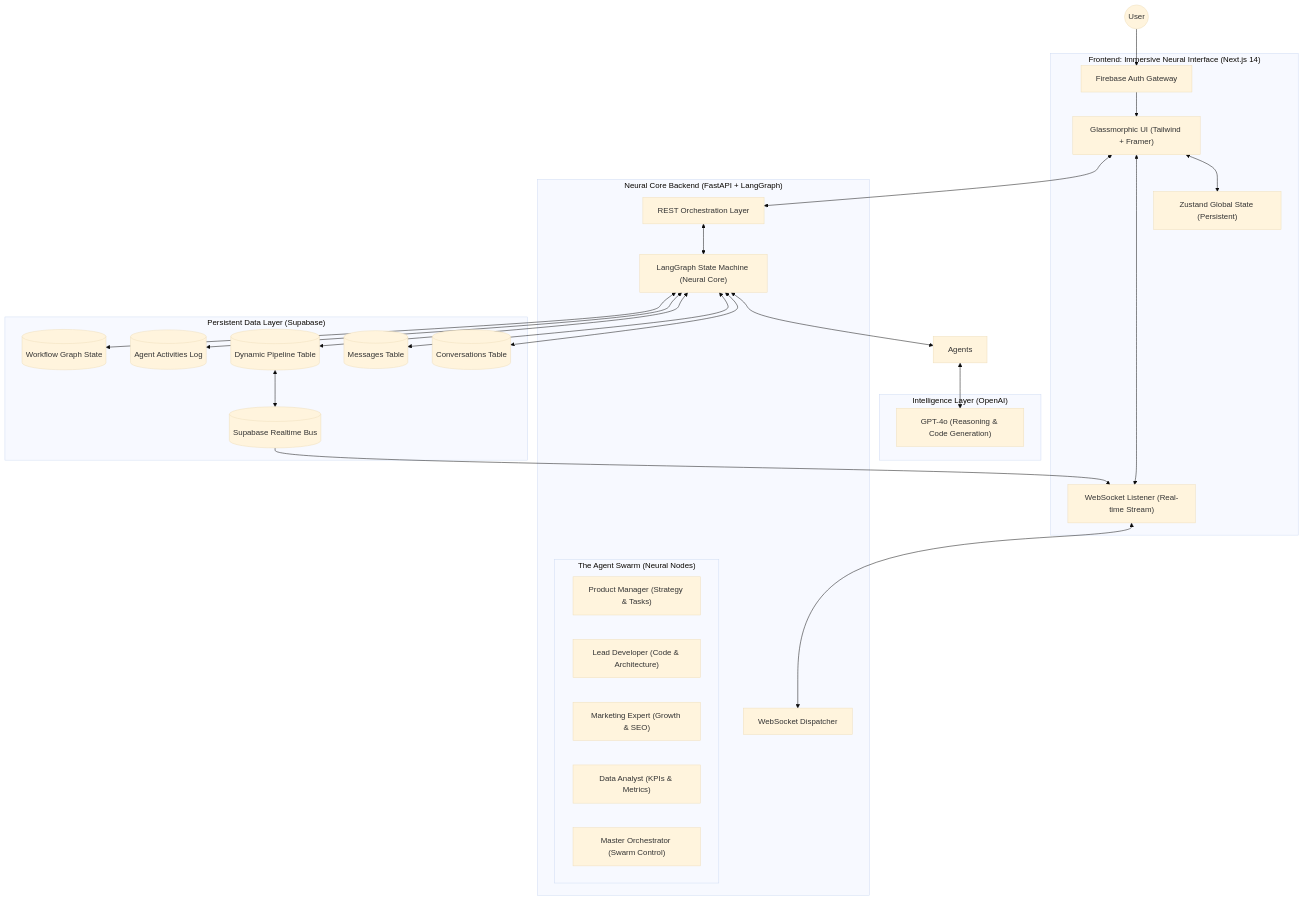
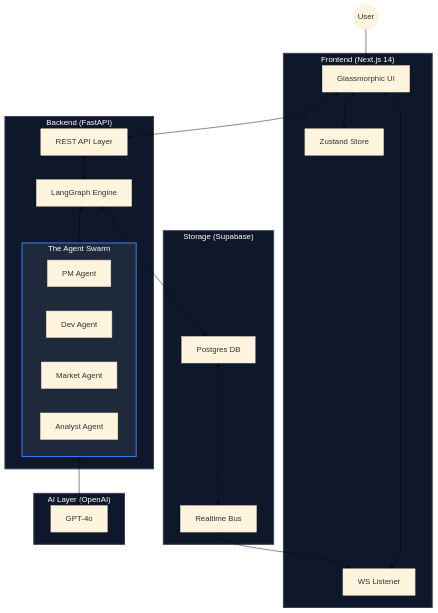
Before and after one commit to sunkireddy-Barath/AutoPilot-AI-Workspace: the first of 2 diagrams in README.md, drawn with Mermaid (base theme). The commit also changed other lines of this file, not shown here.

Commit message:
docs: Optimized Diagram Visibility & Enhanced MeDo Solution Breakdown

````diff
--- a/README.md
+++ b/README.md
@@ -16,58 +16,53 @@
 ```mermaid
 graph TD
+    %% Node Definitions
     User((User))
     
-    subgraph "Frontend: Immersive Neural Interface (Next.js 14)"
-        UI["Glassmorphic UI (Tailwind + Framer)"]
-        State["Zustand Global State (Persistent)"]
-        WS_Client["WebSocket Listener (Real-time Stream)"]
-        Auth_UI["Firebase Auth Gateway"]
+    subgraph Frontend ["Frontend (Next.js 14)"]
+        UI["Glassmorphic UI"]
+        State["Zustand Store"]
+        WS_Client["WS Listener"]
     end
 
-    subgraph "Neural Core Backend (FastAPI + LangGraph)"
-        API["REST Orchestration Layer"]
-        WS_Server["WebSocket Dispatcher"]
-        Engine["LangGraph State Machine (Neural Core)"]
+    subgraph Backend ["Backend (FastAPI)"]
+        API["REST API Layer"]
+        Engine["LangGraph Engine"]
         
-        subgraph "The Agent Swarm (Neural Nodes)"
-            PM["Product Manager (Strategy & Tasks)"]
-            DEV["Lead Developer (Code & Architecture)"]
-            MKT["Marketing Expert (Growth & SEO)"]
-            ANA["Data Analyst (KPIs & Metrics)"]
-            ORC["Master Orchestrator (Swarm Control)"]
+        subgraph Swarm ["The Agent Swarm"]
+            PM["PM Agent"]
+            DEV["Dev Agent"]
+            MKT["Market Agent"]
+            ANA["Analyst Agent"]
         end
     end
 
-    subgraph "Persistent Data Layer (Supabase)"
-        Conv_DB[(Conversations Table)]
-        Msg_DB[(Messages Table)]
-        Task_DB[(Dynamic Pipeline Table)]
-        Act_DB[(Agent Activities Log)]
-        Work_DB[(Workflow Graph State)]
-        Realtime[(Supabase Realtime Bus)]
+    subgraph Storage ["Storage (Supabase)"]
+        DB["Postgres DB"]
+        Realtime["Realtime Bus"]
     end
 
-    subgraph "Intelligence Layer (OpenAI)"
-        GPT["GPT-4o (Reasoning & Code Generation)"]
+    subgraph AI ["AI Layer (OpenAI)"]
+        GPT["GPT-4o"]
     end
 
-    User --> Auth_UI
-    Auth_UI --> UI
+    %% Connections
+    User --> UI
     UI <--> State
     UI <--> WS_Client
     UI <--> API
     
-    WS_Client <--> WS_Server
     API <--> Engine
-    Engine <--> Agents
-    Agents <--> GPT
+    Engine <--> Swarm
+    Swarm <--> GPT
     
-    Engine <--> Conv_DB
-    Engine <--> Msg_DB
-    Engine <--> Task_DB
-    Engine <--> Act_DB
-    Engine <--> Work_DB
-    
-    Task_DB <--> Realtime
+    Engine <--> DB
+    DB <--> Realtime
     Realtime --> WS_Client
+
+    %% Styling
+    style Frontend fill:#0f172a,stroke:#334155,stroke-width:2px,color:#fff
+    style Backend fill:#0f172a,stroke:#334155,stroke-width:2px,color:#fff
+    style Storage fill:#0f172a,stroke:#334155,stroke-width:2px,color:#fff
+    style Swarm fill:#1e293b,stroke:#3b82f6,stroke-width:2px,color:#fff
+    style AI fill:#0f172a,stroke:#334155,stroke-width:2px,color:#fff
 ```
````
